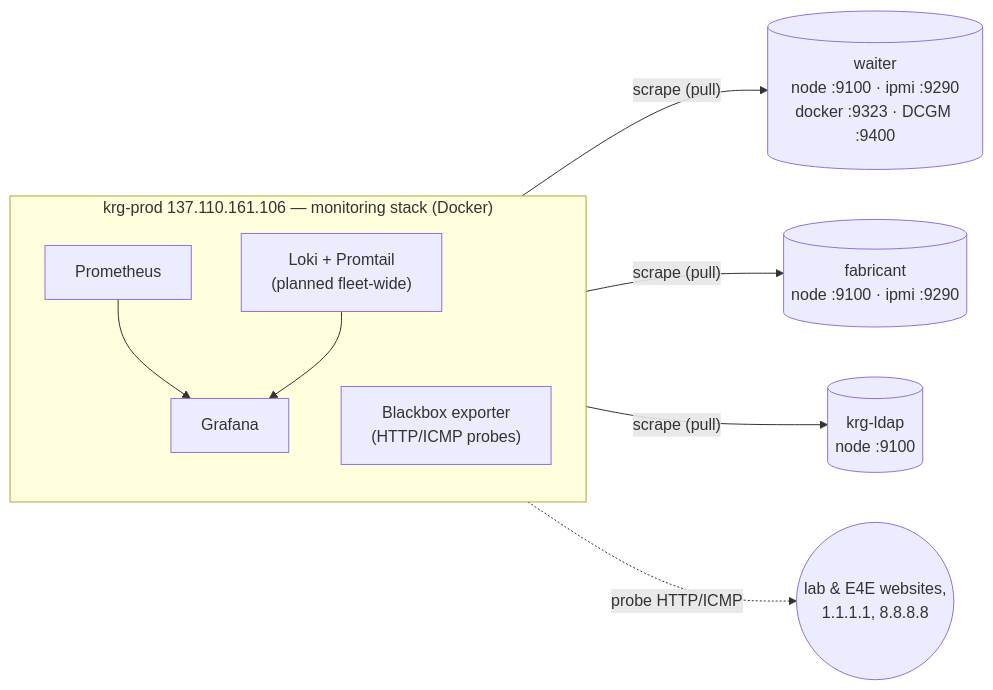
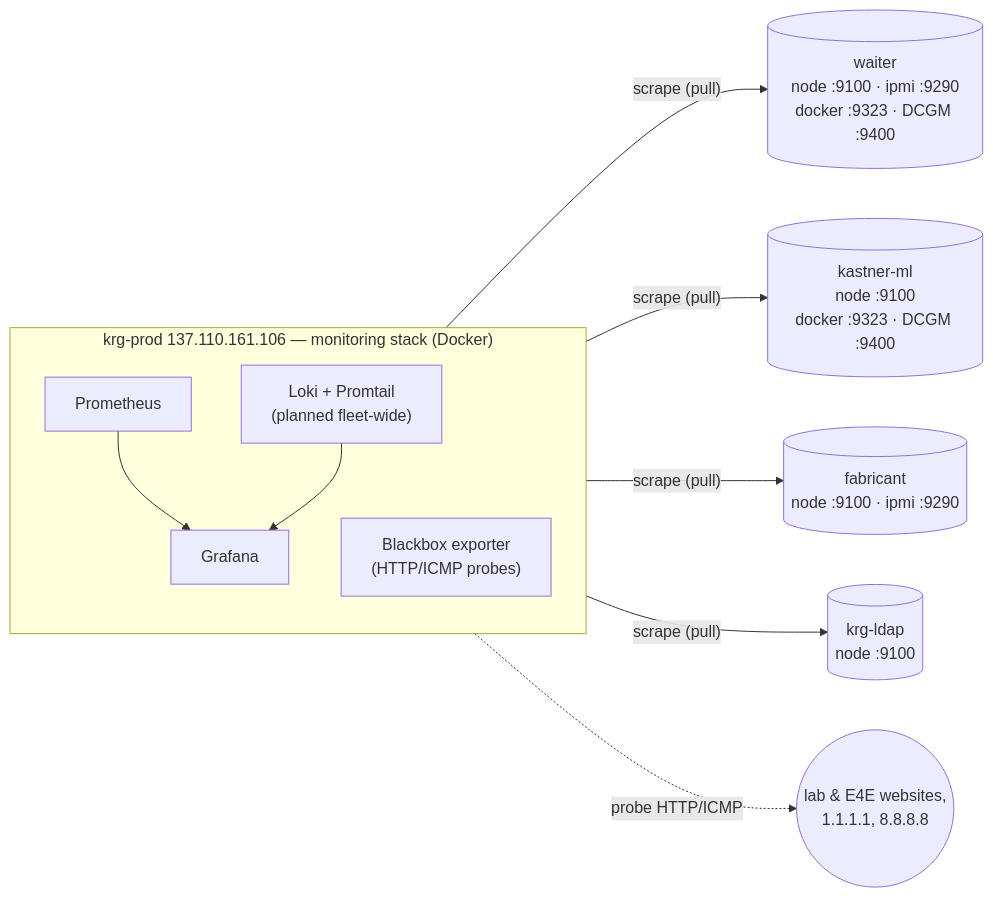
One commit to KastnerRG/krg-infra changed the diagram in docs/fleet-inventory.md. Above: the diagram before and after it, drawn with Mermaid. The commit also changed other lines of this file and 2 other files, not shown here.

First line of the commit message:
docs: reflect kastner-ml now provisioned in the fleet

````diff
--- a/docs/fleet-inventory.md
+++ b/docs/fleet-inventory.md
@@ -61,21 +62,23 @@
 ```mermaid
 flowchart LR
   subgraph prod["krg-prod 137.110.161.106 — monitoring stack (Docker)"]
     direction TB
     prom["Prometheus"]
     graf["Grafana"]
     loki["Loki + Promtail<br/>(planned fleet-wide)"]
     bb["Blackbox exporter<br/>(HTTP/ICMP probes)"]
     prom --> graf
     loki --> graf
   end
 
   waiter[("waiter<br/>node :9100 · ipmi :9290<br/>docker :9323 · DCGM :9400")]
+  kml[("kastner-ml<br/>node :9100<br/>docker :9323 · DCGM :9400")]
   fab[("fabricant<br/>node :9100 · ipmi :9290")]
   ldap[("krg-ldap<br/>node :9100")]
 
   prom -->|"scrape (pull)"| waiter
+  prom -->|"scrape (pull)"| kml
   prom -->|"scrape (pull)"| fab
   prom -->|"scrape (pull)"| ldap
   bb -.->|"probe HTTP/ICMP"| ext(("lab & E4E websites,<br/>1.1.1.1, 8.8.8.8"))
 ```
````
